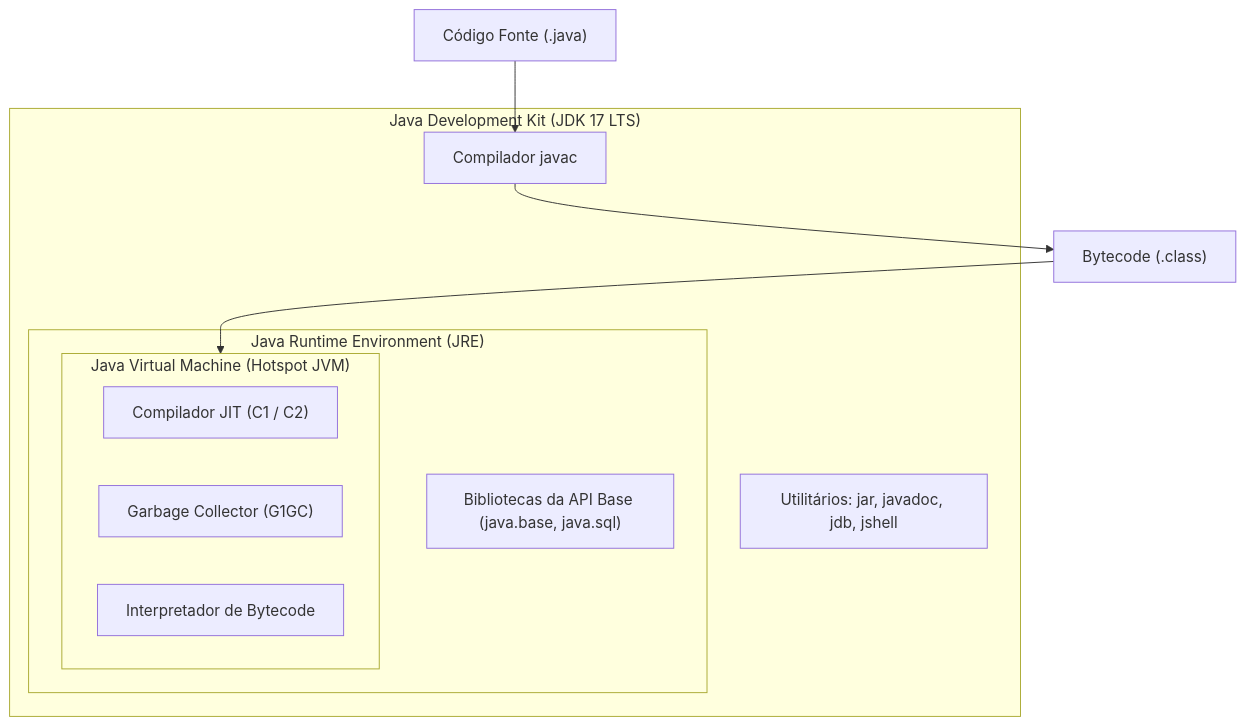
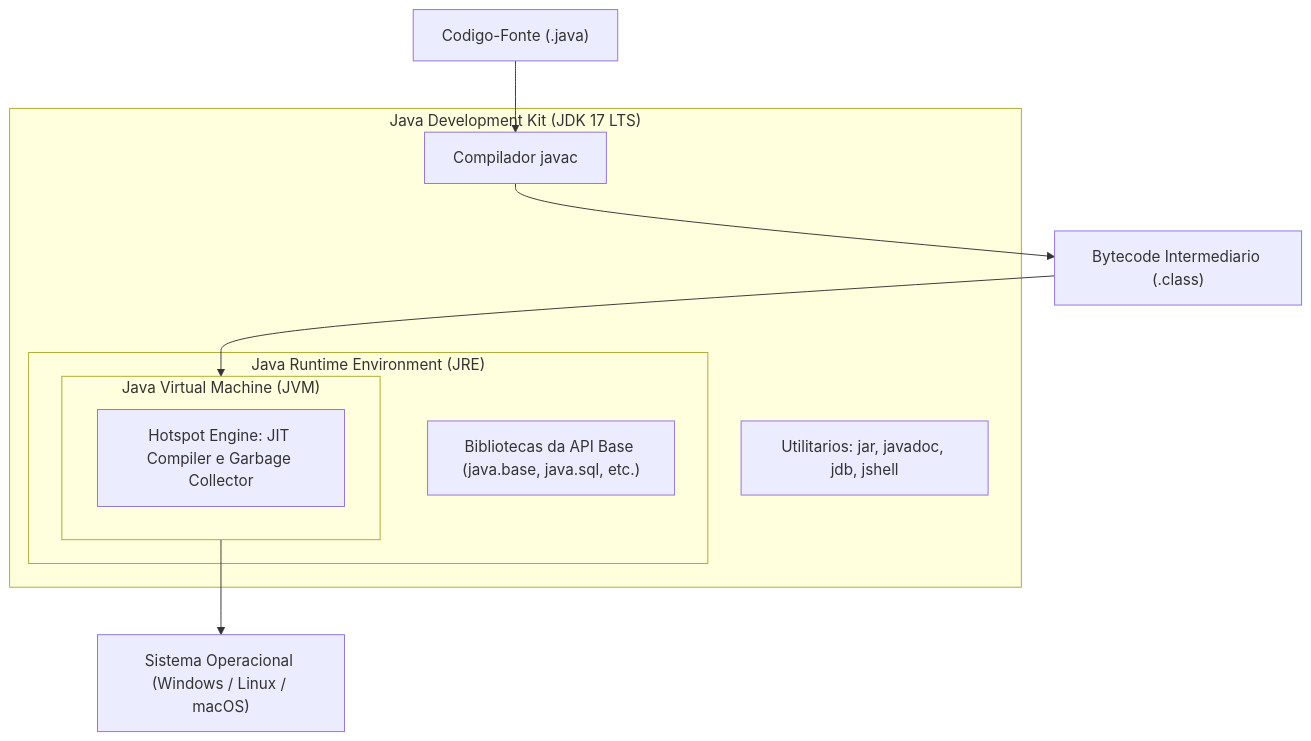
Before and after one commit to murilolol/unifef: the first of 18 diagrams in 3º Semestre/[Prof. Jefferson Passerini] Laboratório de Programação III/Resumos-IA/Simulados-Comentados.md, drawn with Mermaid. The commit also changed other lines of this file and 25 other files, not shown here.

````diff
--- a/3º Semestre/[Prof. Jefferson Passerini] Laboratório de Programação III/Resumos-IA/Simulados-Comentados.md
+++ b/3º Semestre/[Prof. Jefferson Passerini] Laboratório de Programação III/Resumos-IA/Simulados-Comentados.md
@@ -419,18 +70,17 @@
 ```mermaid
 flowchart TD
-  subgraph JDK["Java Development Kit (JDK 17 LTS)"]
-    Compilador["Compilador javac"]
-    Ferramentas["Utilitários: jar, javadoc, jdb, jshell"]
-    subgraph JRE["Java Runtime Environment (JRE)"]
-      APILibs["Bibliotecas da API Base (java.base, java.sql)"]
-      subgraph JVM["Java Virtual Machine (Hotspot JVM)"]
-        JIT["Compilador JIT (C1 / C2)"]
-        GC["Garbage Collector (G1GC)"]
-        Interpreter["Interpretador de Bytecode"]
-      end
+    subgraph JDK["Java Development Kit (JDK 17 LTS)"]
+        subgraph JRE["Java Runtime Environment (JRE)"]
+            subgraph JVM["Java Virtual Machine (JVM)"]
+                Hotspot["Hotspot Engine: JIT Compiler e Garbage Collector"]
+            end
+            CoreLibs["Bibliotecas da API Base (java.base, java.sql, etc.)"]
+        end
+        Compilador["Compilador javac"]
+        DevTools["Utilitarios: jar, javadoc, jdb, jshell"]
     end
-  end
-  CodFonte["Código Fonte (.java)"] --> Compilador
-  Compilador --> Bytecode["Bytecode (.class)"]
-  Bytecode --> JVM
+    Source["Codigo-Fonte (.java)"] --> Compilador
+    Compilador --> Bytecode["Bytecode Intermediario (.class)"]
+    Bytecode --> JVM
+    JVM --> OS["Sistema Operacional (Windows / Linux / macOS)"]
 ```
````
